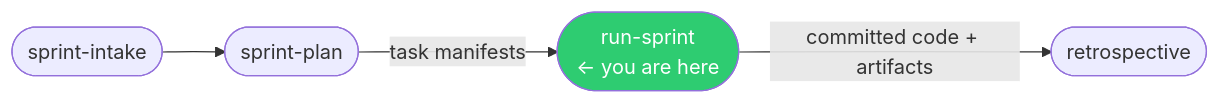
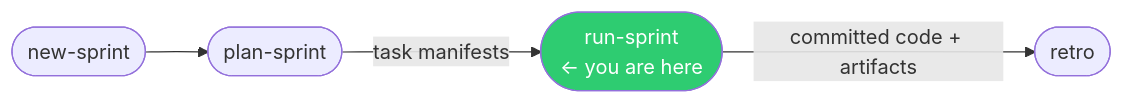
One commit to Entelligentsia/forge changed the third of 3 diagrams in docs/commands/sprint/run.md. Above: the diagram before and after it, drawn with Mermaid. The commit also changed other lines of this file and 40 other files, not shown here.

````diff
--- a/docs/commands/sprint/run.md
+++ b/docs/commands/sprint/run.md
@@ -124,8 +124,8 @@
 ```mermaid
 flowchart LR
-    A([sprint-intake]) --> B([sprint-plan])
+    A([new-sprint]) --> B([plan-sprint])
     B -->|task manifests| C([run-sprint\n← you are here])
-    C -->|committed code + artifacts| D([retrospective])
+    C -->|committed code + artifacts| D([retro])
 
     style C fill:#2ecc71,color:#fff
 ```
````
